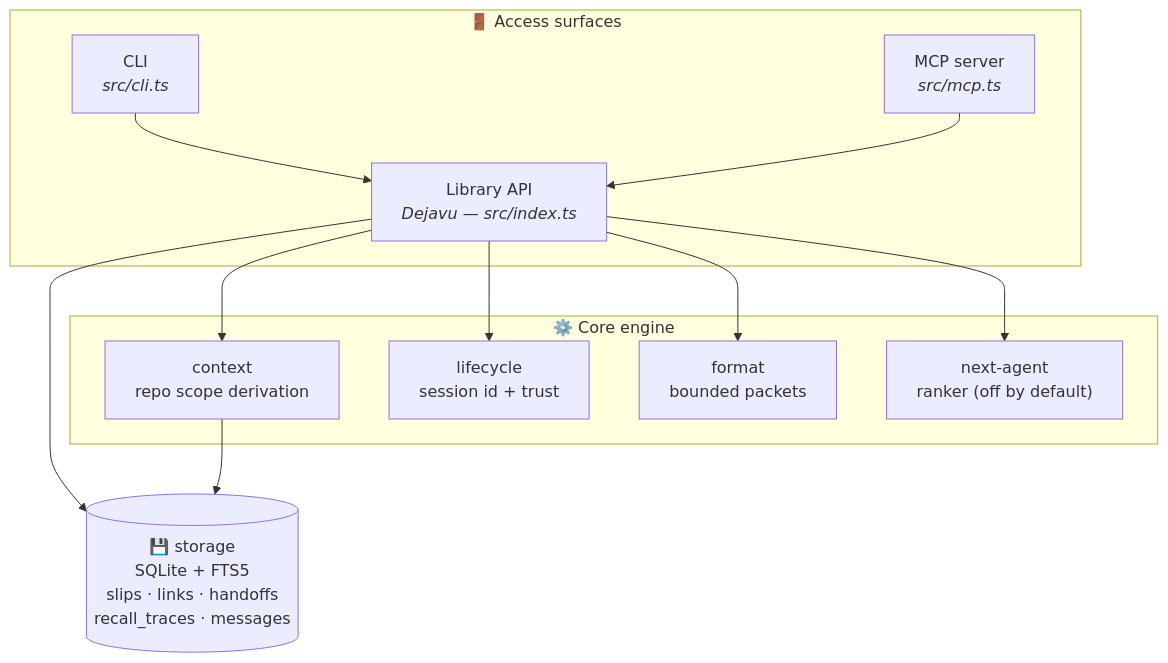
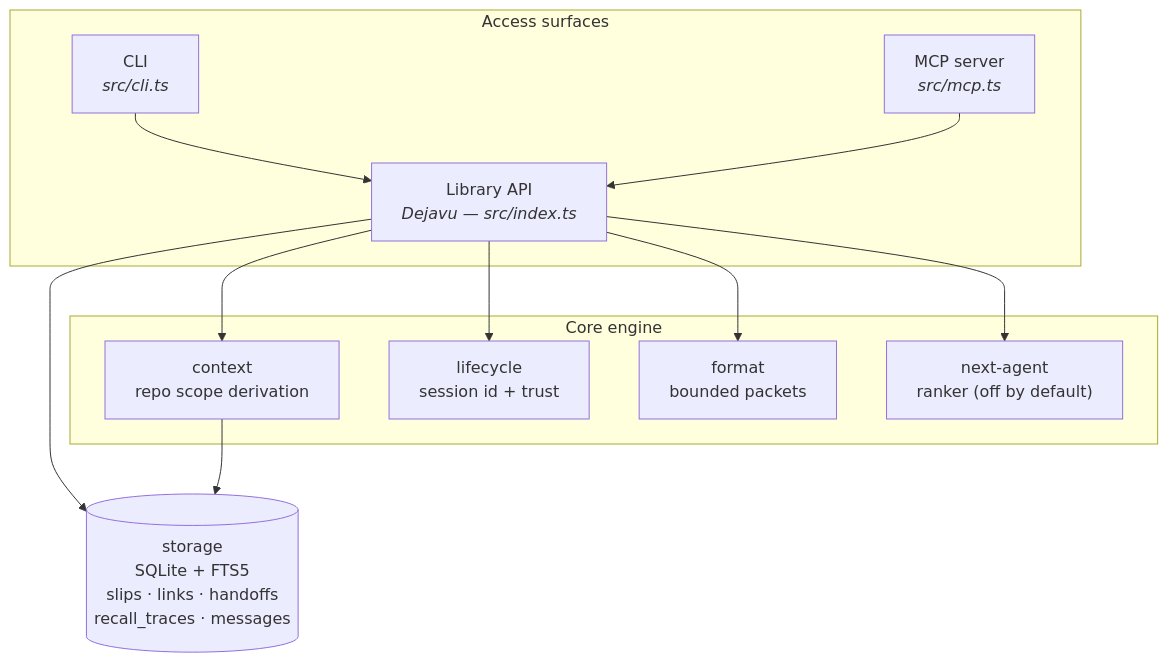
The second of 4 diagrams in README.md (sanjayrohith/Dejavu), drawn with Mermaid before and after one commit. The commit also changed other lines of this file and 4 other files, not shown here.

````diff
--- a/README.md
+++ b/README.md
@@ -115,26 +123,26 @@
 ```mermaid
 flowchart TB
-    subgraph Access["🚪 Access surfaces"]
+    subgraph Access["Access surfaces"]
         CLI["CLI<br/><i>src/cli.ts</i>"]
         MCP["MCP server<br/><i>src/mcp.ts</i>"]
         LIB["Library API<br/><i>Dejavu — src/index.ts</i>"]
     end
 
-    subgraph Core["⚙️ Core engine"]
+    subgraph Core["Core engine"]
         CTX["context<br/>repo scope derivation"]
         LC["lifecycle<br/>session id + trust"]
         FMT["format<br/>bounded packets"]
         NA["next-agent<br/>ranker (off by default)"]
     end
 
-    STORE[("💾 storage<br/>SQLite + FTS5<br/>slips · links · handoffs<br/>recall_traces · messages")]
+    STORE[("storage<br/>SQLite + FTS5<br/>slips · links · handoffs<br/>recall_traces · messages")]
 
     CLI --> LIB
     MCP --> LIB
     LIB --> CTX
     LIB --> LC
     LIB --> FMT
     LIB --> NA
     LIB --> STORE
     CTX --> STORE
 ```
````
